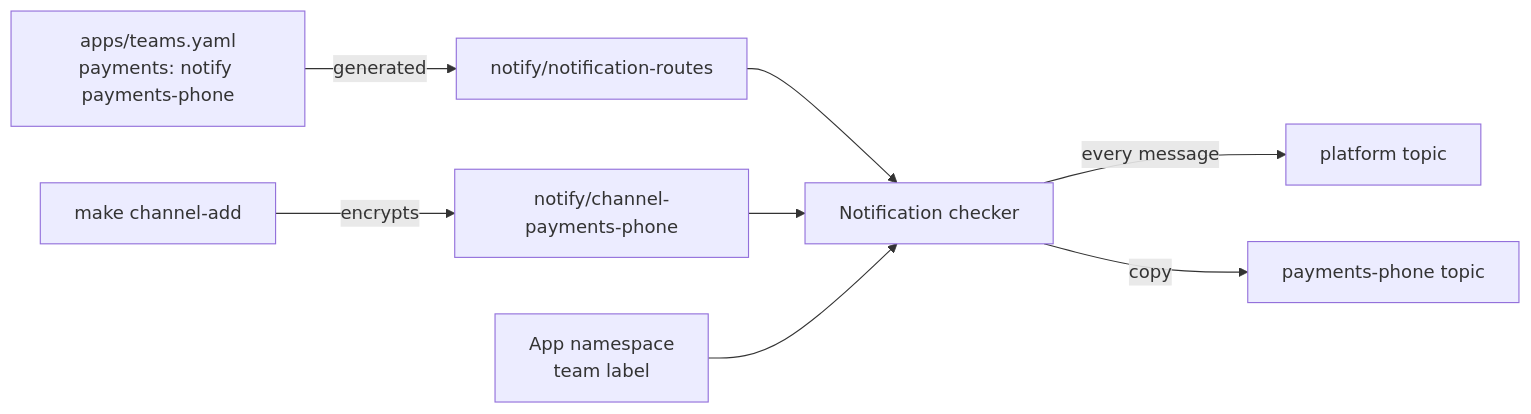
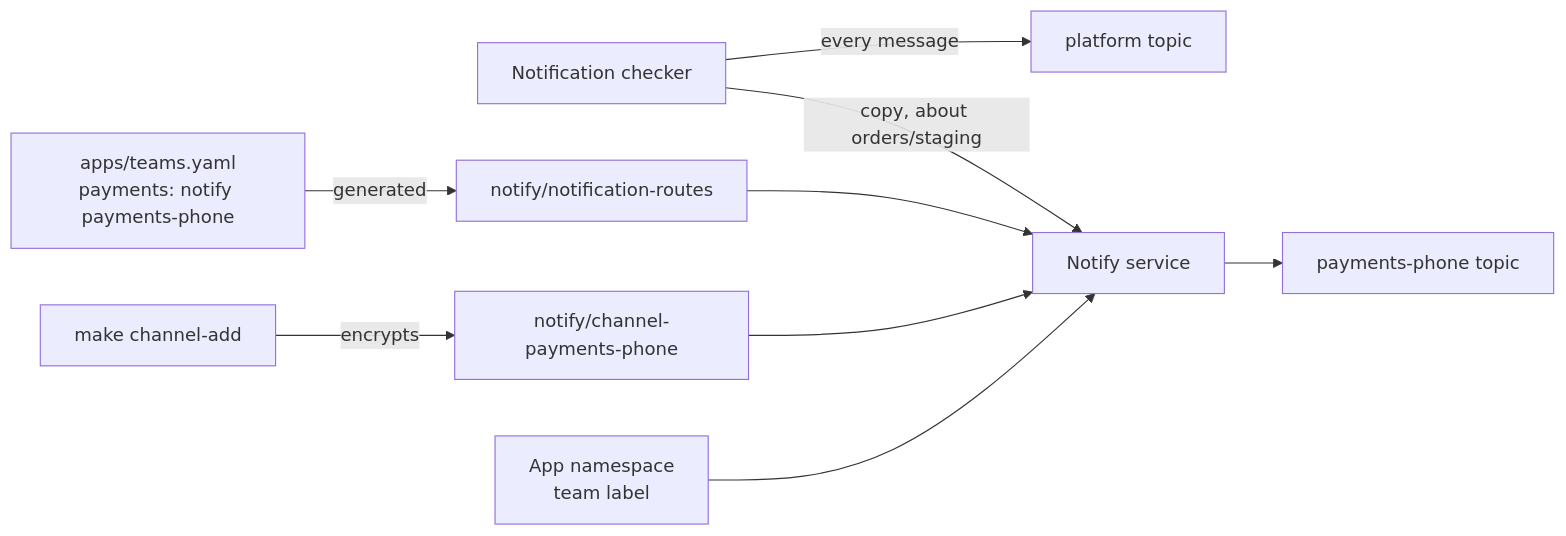
One commit to samclement/swhurl-platform changed the second of 2 diagrams in docs/services.md. Above: the diagram before and after it, drawn with Mermaid. The commit also changed other lines of this file and 15 other files, not shown here.

First line of the commit message:
notify: deploy the service; the checker sends team copies through it (N2)

````diff
--- a/docs/services.md
+++ b/docs/services.md
@@ -188,10 +188,11 @@
 ```mermaid
 flowchart LR
     teams[apps/teams.yaml<br/>payments: notify payments-phone] -->|generated| routes[notify/notification-routes]
     add[make channel-add] -->|encrypts| secret[notify/channel-payments-phone]
-    routes --> checker[Notification checker]
-    secret --> checker
-    ns[App namespace<br/>team label] --> checker
-    checker -->|every message| platform[platform topic]
-    checker -->|copy| phone[payments-phone topic]
+    checker[Notification checker] -->|every message| platform[platform topic]
+    checker -->|"copy, about orders/staging"| notify[Notify service]
+    routes --> notify
+    secret --> notify
+    ns[App namespace<br/>team label] --> notify
+    notify --> phone[payments-phone topic]
 ```
````
